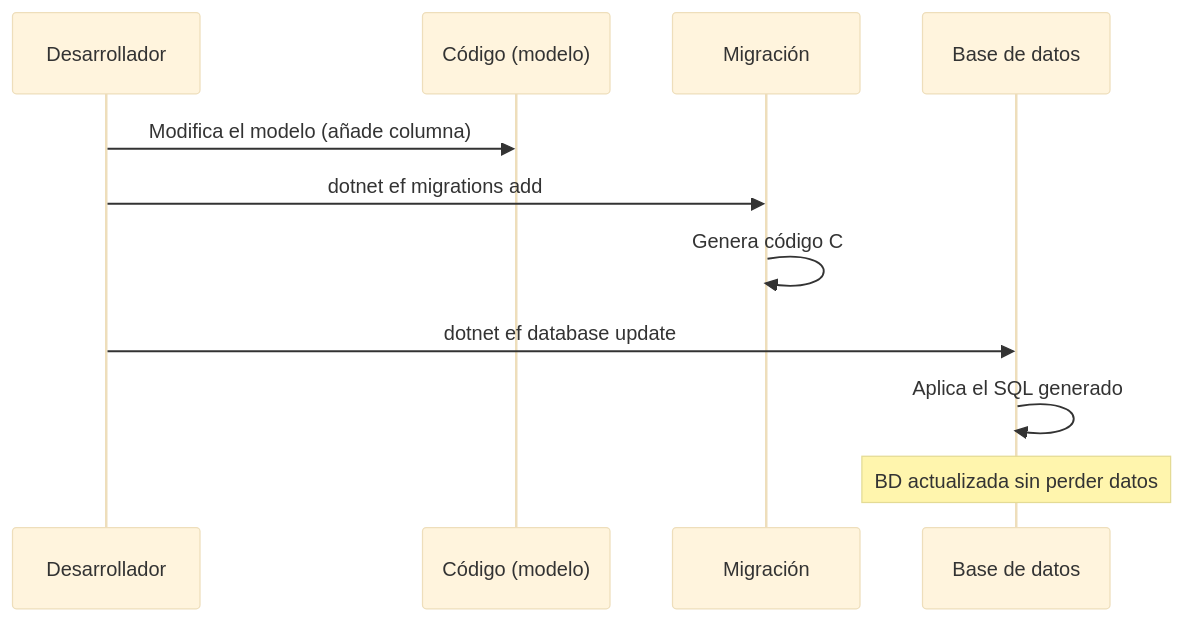
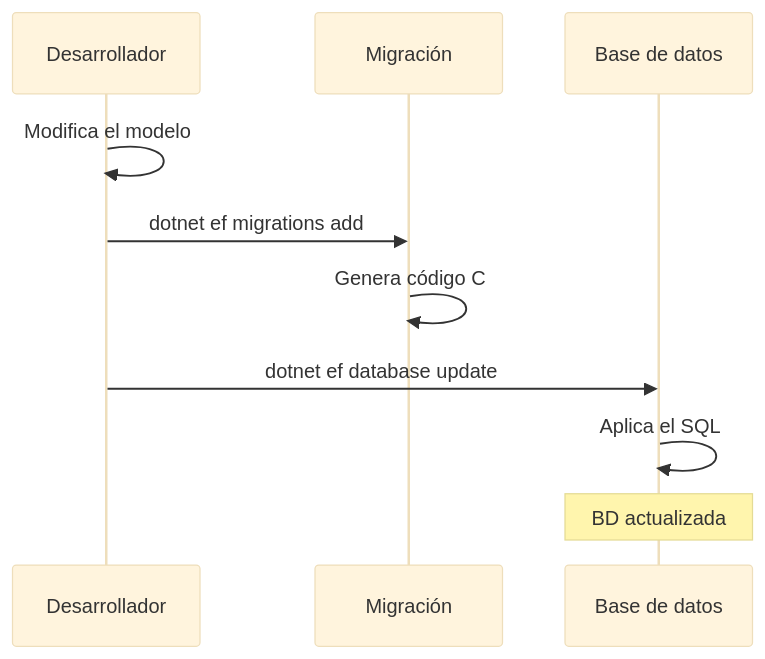
The seventh of 7 diagrams in 12-entity-framework-core.md (joseluisgs/DesarrolloWebEntornosServidor-02-2026-2027), drawn with Mermaid (base theme) before and after one commit. The commit also changed other lines of this file, not shown here.

Commit message:
docs: reescribir tema 12 EF Core - TOC correcto, diagrama ORM, explicaciones en cada seccion, async, DA y Fluent separados

````diff
--- a/12-entity-framework-core.md
+++ b/12-entity-framework-core.md
@@ -1293,14 +1005,13 @@
 ```mermaid
 sequenceDiagram
     participant D as Desarrollador
-    participant C as Código (modelo)
     participant M as Migración
     participant B as Base de datos
 
-    D->>C: Modifica el modelo (añade columna)
+    D->>D: Modifica el modelo
     D->>M: dotnet ef migrations add
-    M->>M: Genera código C# con el cambio
+    M->>M: Genera código C#
     D->>B: dotnet ef database update
-    B->>B: Aplica el SQL generado
-    Note over B: BD actualizada sin perder datos
+    B->>B: Aplica el SQL
+    Note over B: BD actualizada
 ```
````
